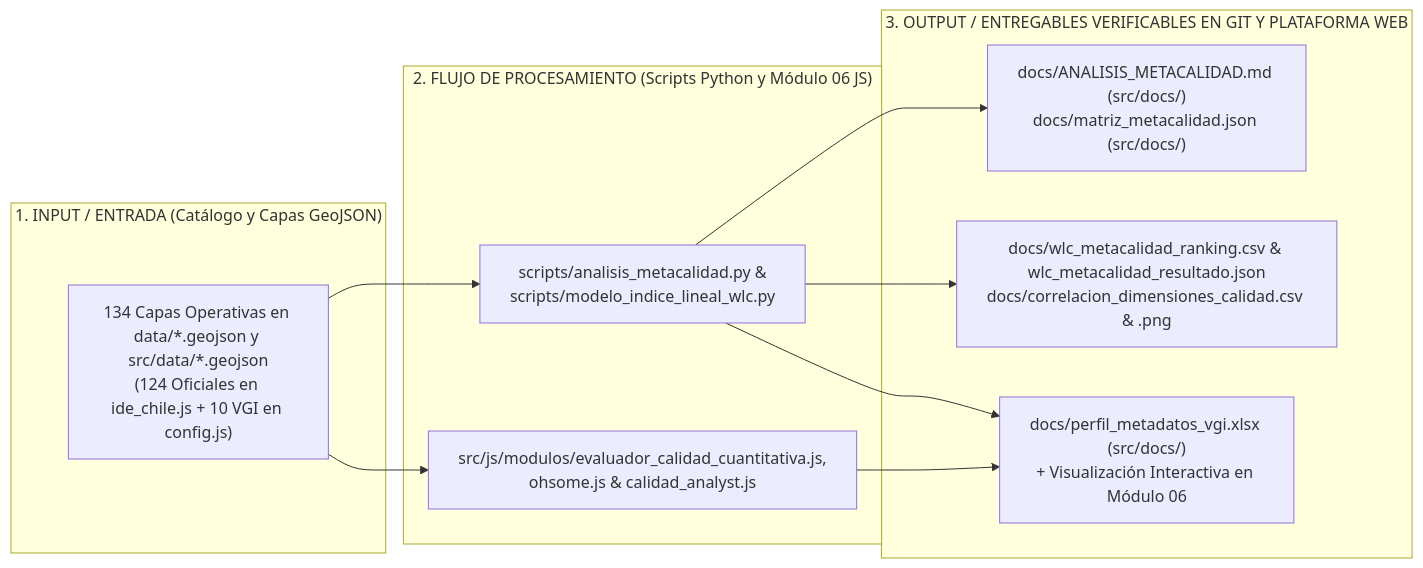
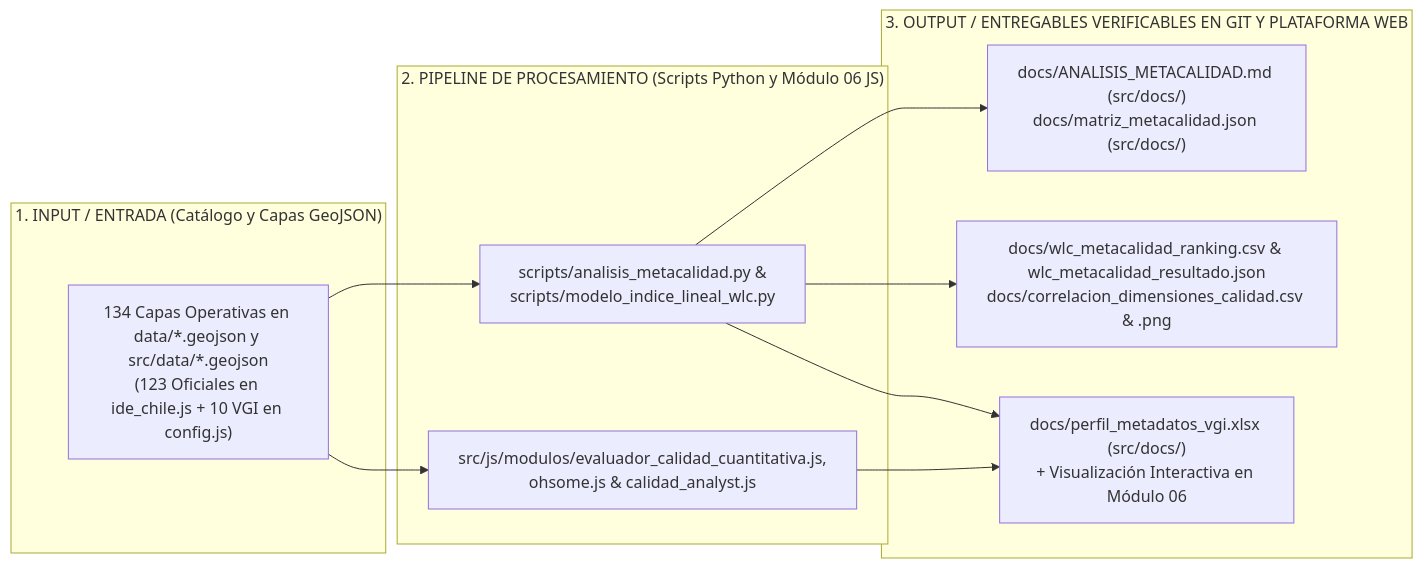
The first of 5 diagrams in docs/ANALISIS_METACALIDAD.md (GEOJOTA/atlas-vgi-barrio-brasil), drawn with Mermaid before and after one commit. The commit also changed other lines of this file and 142 other files, not shown here.

````diff
--- a/docs/ANALISIS_METACALIDAD.md
+++ b/docs/ANALISIS_METACALIDAD.md
@@ -110,18 +110,18 @@
 ```mermaid
 flowchart LR
     subgraph IN["1. INPUT / ENTRADA (Catálogo y Capas GeoJSON)"]
-        I1["134 Capas Operativas en data/*.geojson y src/data/*.geojson<br/>(124 Oficiales en ide_chile.js + 10 VGI en config.js)"]
+        I1["134 Capas Operativas en data/*.geojson y src/data/*.geojson<br/>(123 Oficiales en ide_chile.js + 10 VGI en config.js)"]
     end
-    subgraph PROC["2. FLUJO DE PROCESAMIENTO (Scripts Python y Módulo 06 JS)"]
+    subgraph PROC["2. PIPELINE DE PROCESAMIENTO (Scripts Python y Módulo 06 JS)"]
         P1["scripts/analisis_metacalidad.py &<br/>scripts/modelo_indice_lineal_wlc.py"]
         P2["src/js/modulos/evaluador_calidad_cuantitativa.js,<br/>ohsome.js & calidad_analyst.js"]
     end
     subgraph OUT["3. OUTPUT / ENTREGABLES VERIFICABLES EN GIT Y PLATAFORMA WEB"]
         O1["docs/ANALISIS_METACALIDAD.md (src/docs/)<br/>docs/matriz_metacalidad.json (src/docs/)"]
         O2["docs/wlc_metacalidad_ranking.csv & wlc_metacalidad_resultado.json<br/>docs/correlacion_dimensiones_calidad.csv & .png"]
         O3["docs/perfil_metadatos_vgi.xlsx (src/docs/)<br/>+ Visualización Interactiva en Módulo 06"]
     end
     I1 --> P1 & P2
     P1 --> O1 & O2 & O3
     P2 --> O3
 ```
````
